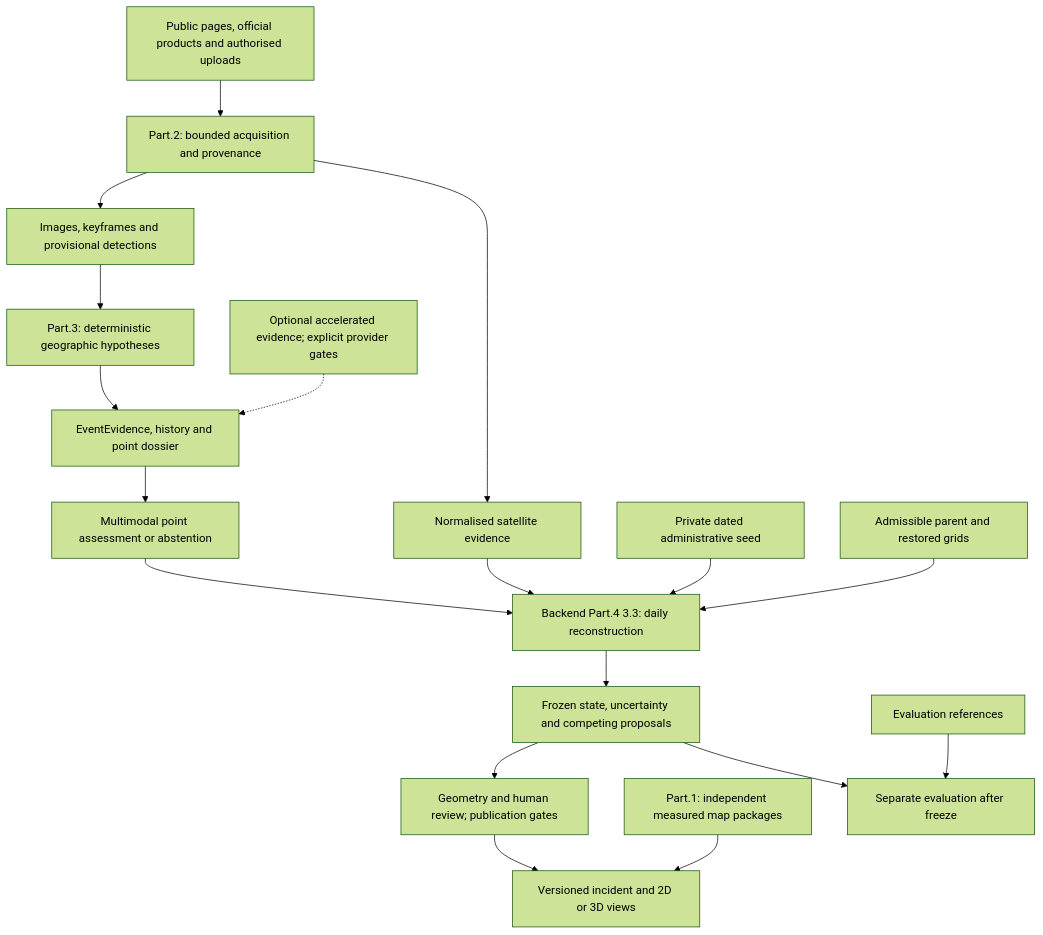
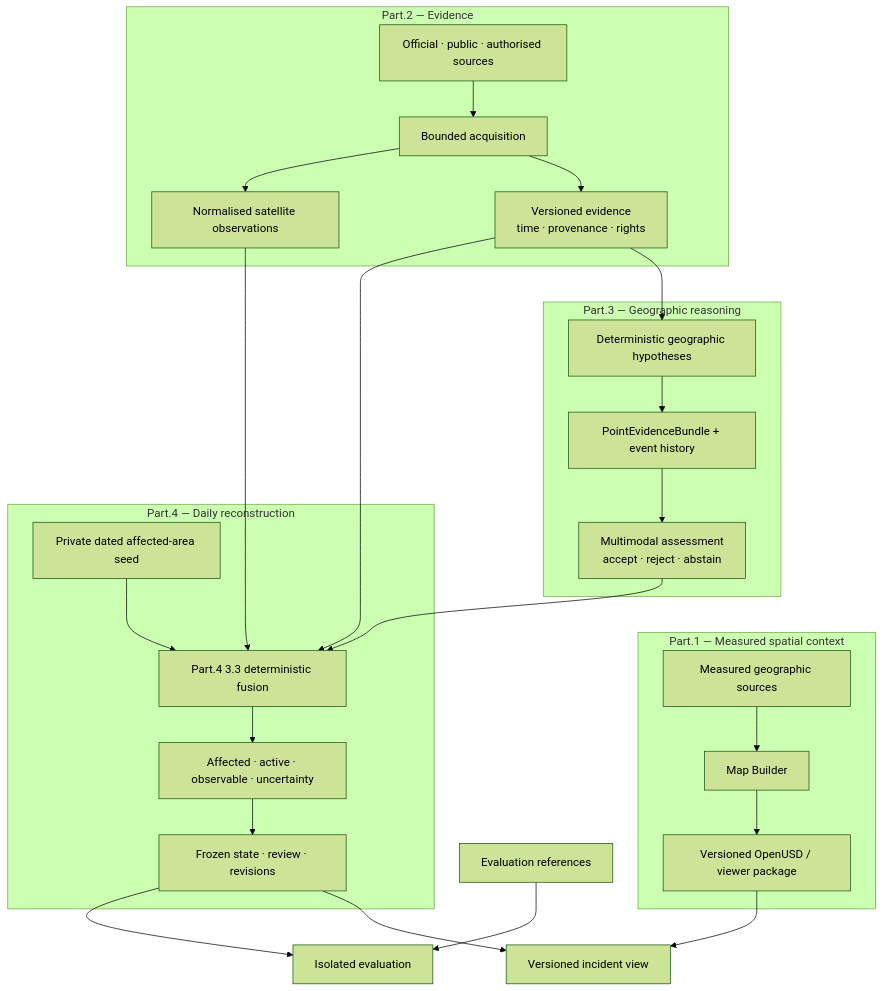
Before and after one commit to fireviewer/Fireviewer_doc: the diagram in docs/public/ARCHITECTURE.md, drawn with Mermaid (forest theme). The commit also changed other lines of this file and 9 other files, not shown here.

Commit message:
docs: add governance and refresh public architecture

````diff
--- a/docs/public/ARCHITECTURE.md
+++ b/docs/public/ARCHITECTURE.md
@@ -9,20 +9,45 @@
 ```mermaid
-flowchart TD
-    sources["Public pages, official products and authorised uploads"] --> acquisition["Part.2: bounded acquisition and provenance"]
-    acquisition --> visual["Images, keyframes and provisional detections"]
-    visual --> geography["Part.3: deterministic geographic hypotheses"]
-    acquisition --> satellite["Normalised satellite evidence"]
-    geography --> dossier["EventEvidence, history and point dossier"]
-    optional["Optional accelerated evidence; explicit provider gates"] -.-> dossier
-    dossier --> assessment["Multimodal point assessment or abstention"]
-    assessment --> fusion["Backend Part.4 3.3: daily reconstruction"]
-    satellite --> fusion
-    seed["Private dated administrative seed"] --> fusion
-    parent["Admissible parent and restored grids"] --> fusion
-    fusion --> frozen["Frozen state, uncertainty and competing proposals"]
-    frozen --> review["Geometry and human review; publication gates"]
-    review --> viewer["Versioned incident and 2D or 3D views"]
-    maps["Part.1: independent measured map packages"] --> viewer
-    frozen --> evaluation["Separate evaluation after freeze"]
-    references["Evaluation references"] --> evaluation
+flowchart TB
+
+    subgraph P1["Part.1 — Measured spatial context"]
+        MAPSRC["Measured geographic sources"]
+        MAP["Map Builder"]
+        USD["Versioned OpenUSD / viewer package"]
+        MAPSRC --> MAP --> USD
+    end
+
+    subgraph P2["Part.2 — Evidence"]
+        SOURCES["Official · public · authorised sources"]
+        ACQ["Bounded acquisition"]
+        EVIDENCE["Versioned evidence<br/>time · provenance · rights"]
+        SAT["Normalised satellite observations"]
+        SOURCES --> ACQ --> EVIDENCE
+        ACQ --> SAT
+    end
+
+    subgraph P3["Part.3 — Geographic reasoning"]
+        GEO["Deterministic geographic hypotheses"]
+        DOSSIER["PointEvidenceBundle + event history"]
+        ASSESS["Multimodal assessment<br/>accept · reject · abstain"]
+        GEO --> DOSSIER --> ASSESS
+    end
+
+    subgraph P4["Part.4 — Daily reconstruction"]
+        SEED["Private dated affected-area seed"]
+        FUSION["Part.4 3.3 deterministic fusion"]
+        STATE["Affected · active · observable · uncertainty"]
+        REVIEW["Frozen state · review · revisions"]
+        SEED --> FUSION --> STATE --> REVIEW
+    end
+
+    EVIDENCE --> GEO
+    EVIDENCE --> FUSION
+    SAT --> FUSION
+    ASSESS --> FUSION
+
+    REVIEW --> VIEW["Versioned incident view"]
+    USD --> VIEW
+
+    REVIEW --> EVALUATION["Isolated evaluation"]
+    REFERENCES["Evaluation references"] --> EVALUATION
 ```
````
